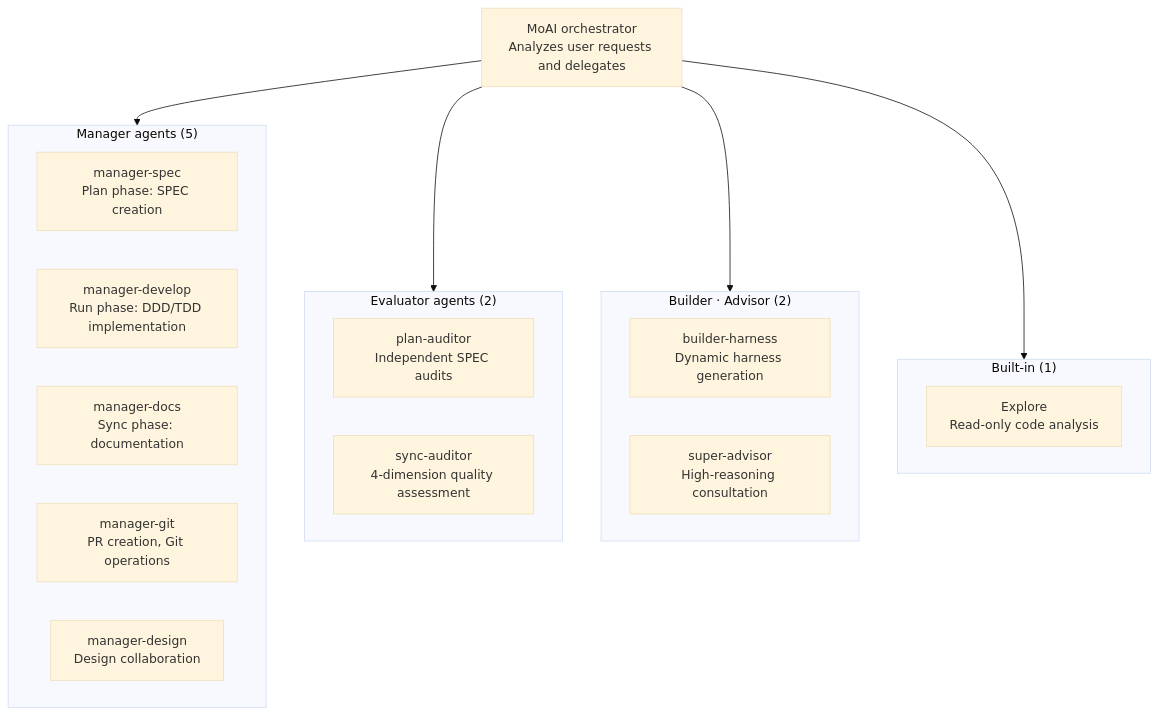
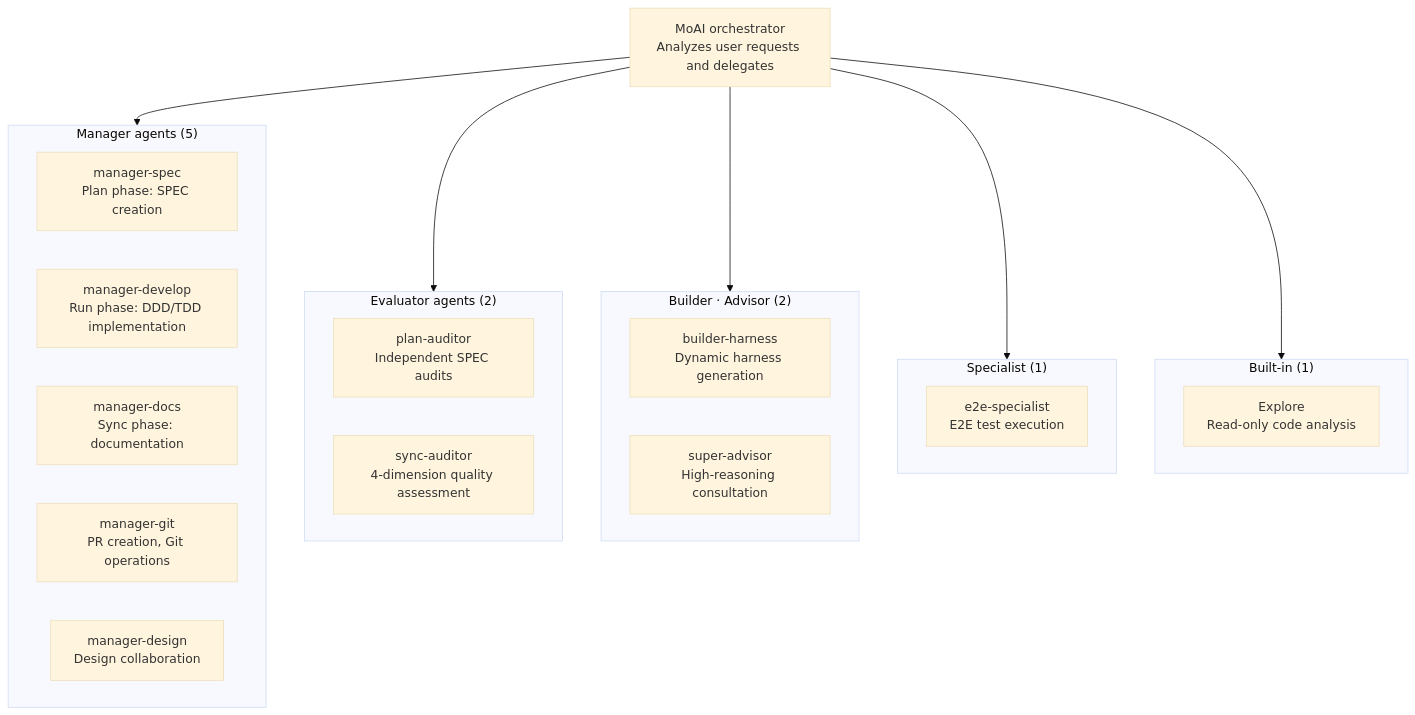
Before and after one commit to modu-ai/moai-adk: the third of 5 diagrams in docs-site/content/en/core-concepts/what-is-moai-adk.md, drawn with Mermaid (base theme). The commit also changed other lines of this file and 40 other files, not shown here.

````diff
--- a/docs-site/content/en/core-concepts/what-is-moai-adk.md
+++ b/docs-site/content/en/core-concepts/what-is-moai-adk.md
@@ -274,31 +275,36 @@
 ```mermaid
 flowchart TD
     MoAI["MoAI orchestrator\nAnalyzes user requests and delegates"]
 
     subgraph Managers["Manager agents (5)"]
         M1["manager-spec\nPlan phase: SPEC creation"]
         M2["manager-develop\nRun phase: DDD/TDD implementation"]
         M3["manager-docs\nSync phase: documentation"]
         M4["manager-git\nPR creation, Git operations"]
         M5["manager-design\nDesign collaboration"]
     end
 
     subgraph Evaluators["Evaluator agents (2)"]
         E1["plan-auditor\nIndependent SPEC audits"]
         E2["sync-auditor\n4-dimension quality assessment"]
     end
 
     subgraph BuilderAdvisor["Builder · Advisor (2)"]
         B1["builder-harness\nDynamic harness generation"]
         B2["super-advisor\nHigh-reasoning consultation"]
     end
 
+    subgraph Specialist["Specialist (1)"]
+        S1["e2e-specialist\nE2E test execution"]
+    end
+
     subgraph Explore["Built-in (1)"]
         X1["Explore\nRead-only code analysis"]
     end
 
     MoAI --> Managers
     MoAI --> Evaluators
     MoAI --> BuilderAdvisor
+    MoAI --> Specialist
     MoAI --> Explore
 ```
````
